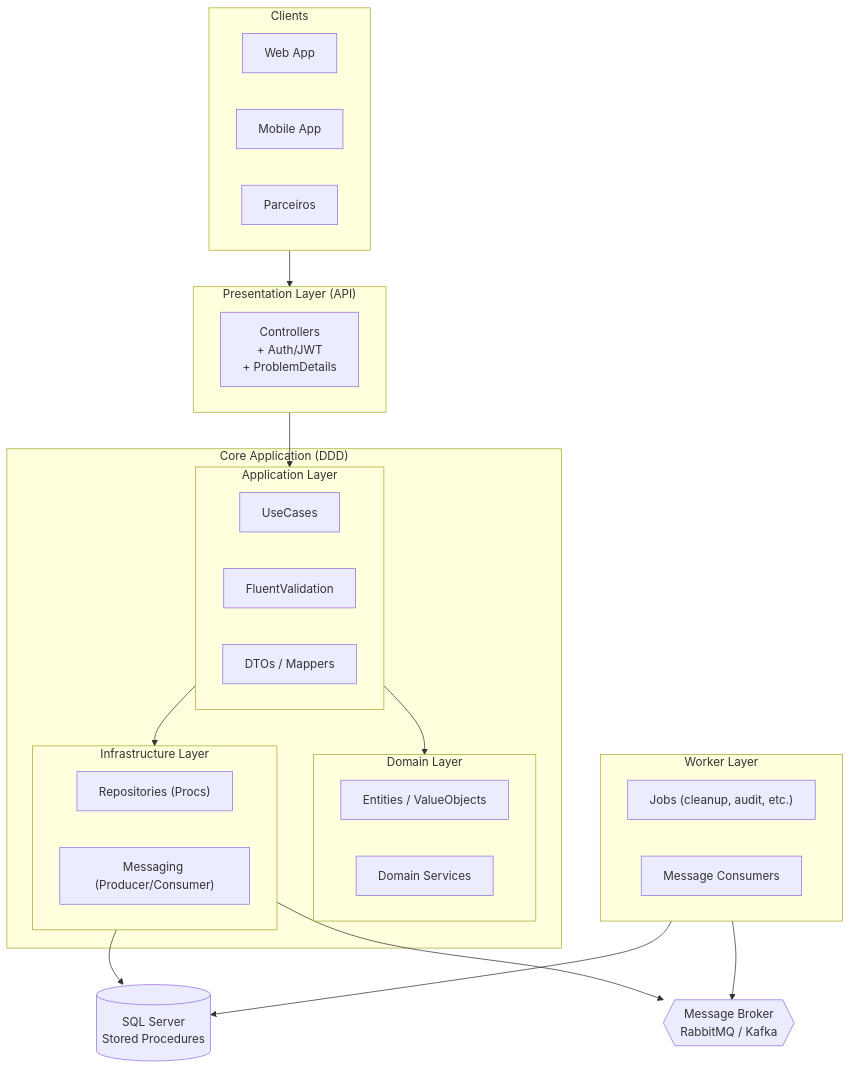
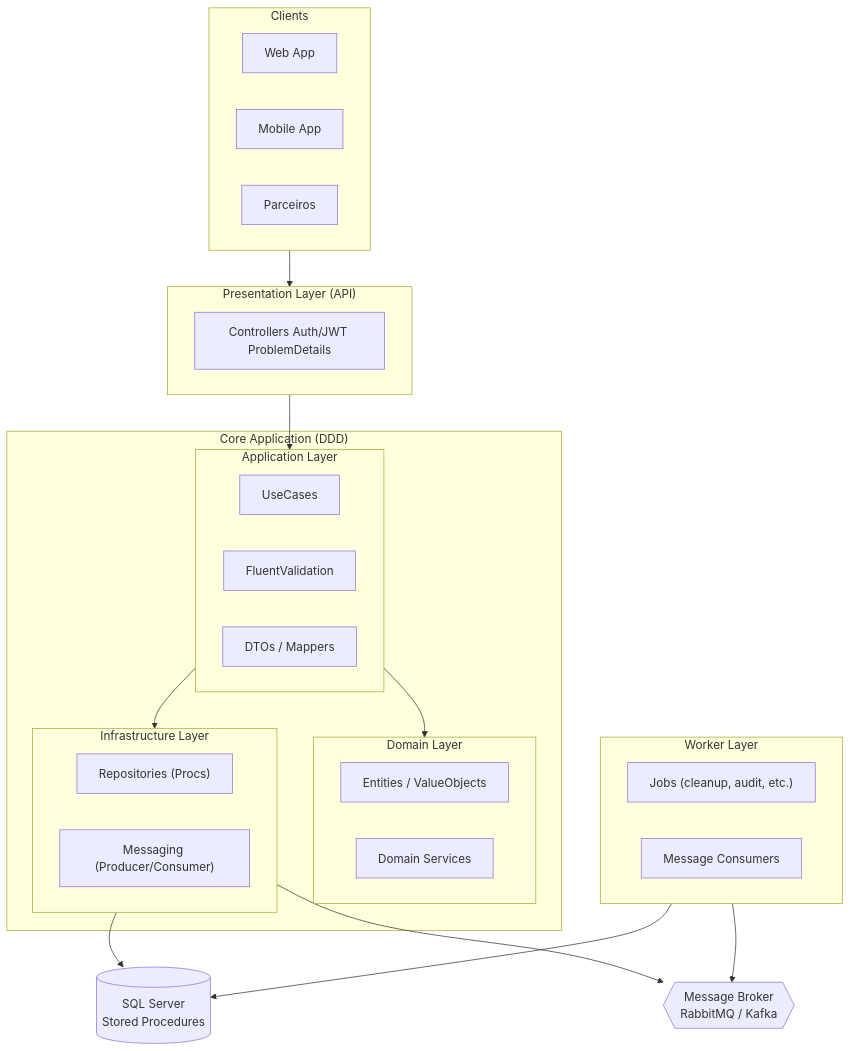
One commit to rodrigofurlaneti/FSI.Authentication.Api.BackEnd changed the first of 2 diagrams in README.md. Above: the diagram before and after it, drawn with Mermaid. The commit also changed other lines of this file, not shown here.

````diff
--- a/README.md
+++ b/README.md
@@ -1,60 +1,60 @@
 ```mermaid
 
 %%{init: {"flowchart": {"htmlLabels": false}} }%%
 flowchart TB
 
   %% === Clientes ===
   subgraph Clients["Clients"]
     Web["Web App"]
     Mobile["Mobile App"]
     Partner["Parceiros"]
   end
 
   %% === API / Presentation ===
   subgraph Api["Presentation Layer (API)"]
-    Controller["Controllers\n+ Auth/JWT\n+ ProblemDetails"]
+    Controller["Controllers Auth/JWT ProblemDetails"]
   end
 
   %% === Core DDD ===
   subgraph DDD["Core Application (DDD)"]
     subgraph Application["Application Layer"]
       UseCases["UseCases"]
       Validators["FluentValidation"]
       DTOs["DTOs / Mappers"]
     end
     subgraph Domain["Domain Layer"]
       Entities["Entities / ValueObjects"]
       Services["Domain Services"]
     end
     subgraph Infrastructure["Infrastructure Layer"]
       Repos["Repositories (Procs)"]
       Messaging["Messaging (Producer/Consumer)"]
     end
   end
 
   %% === DB & Broker separados ===
   DB[(SQL Server\nStored Procedures)]
   Broker{{Message Broker\nRabbitMQ / Kafka}}
 
   %% === Worker ===
   subgraph Worker["Worker Layer"]
     Jobs["Jobs (cleanup, audit, etc.)"]
     Consumer["Message Consumers"]
   end
 
   %% Fluxos principais
   Clients --> Api
   Api --> Application
   Application --> Domain
   Application --> Infrastructure
 
   %% Infra saídas paralelas
   Infrastructure --> DB
   Infrastructure --> Broker
 
   %% Worker conexões (sem cruzar)
   Worker --> DB
   Worker --> Broker
 
 
 ```
````
